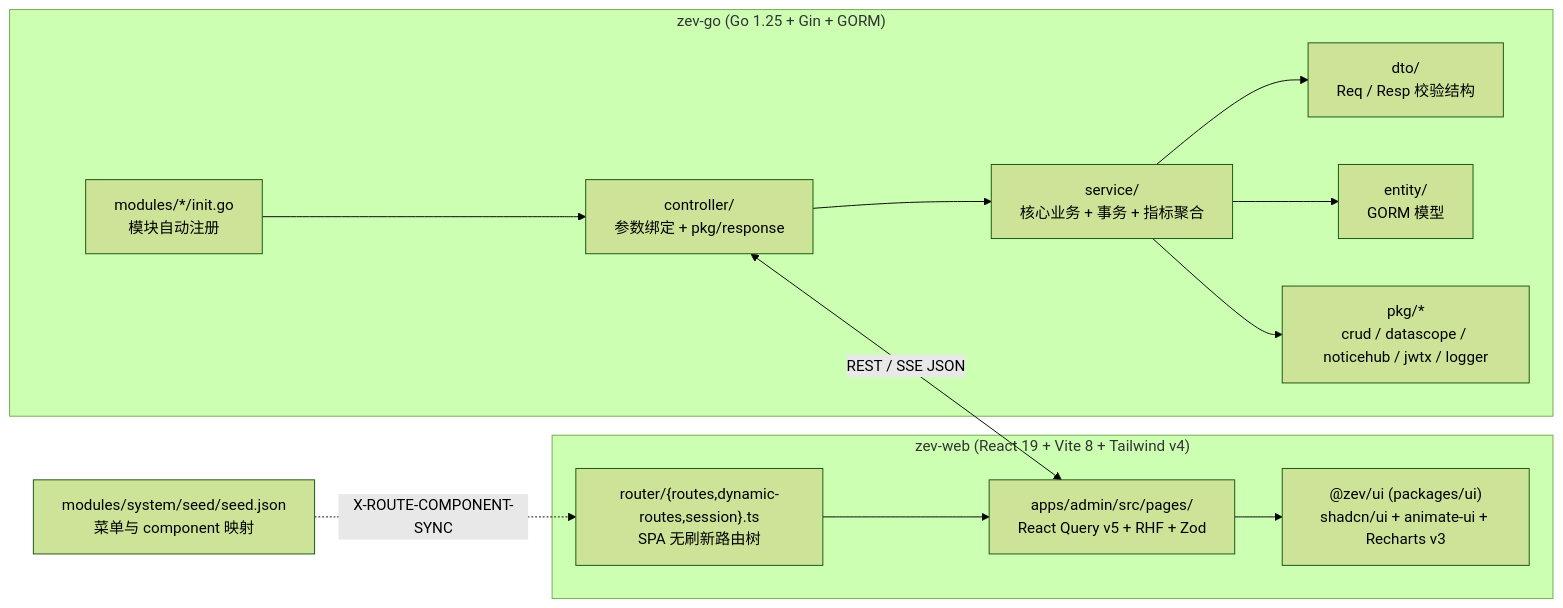
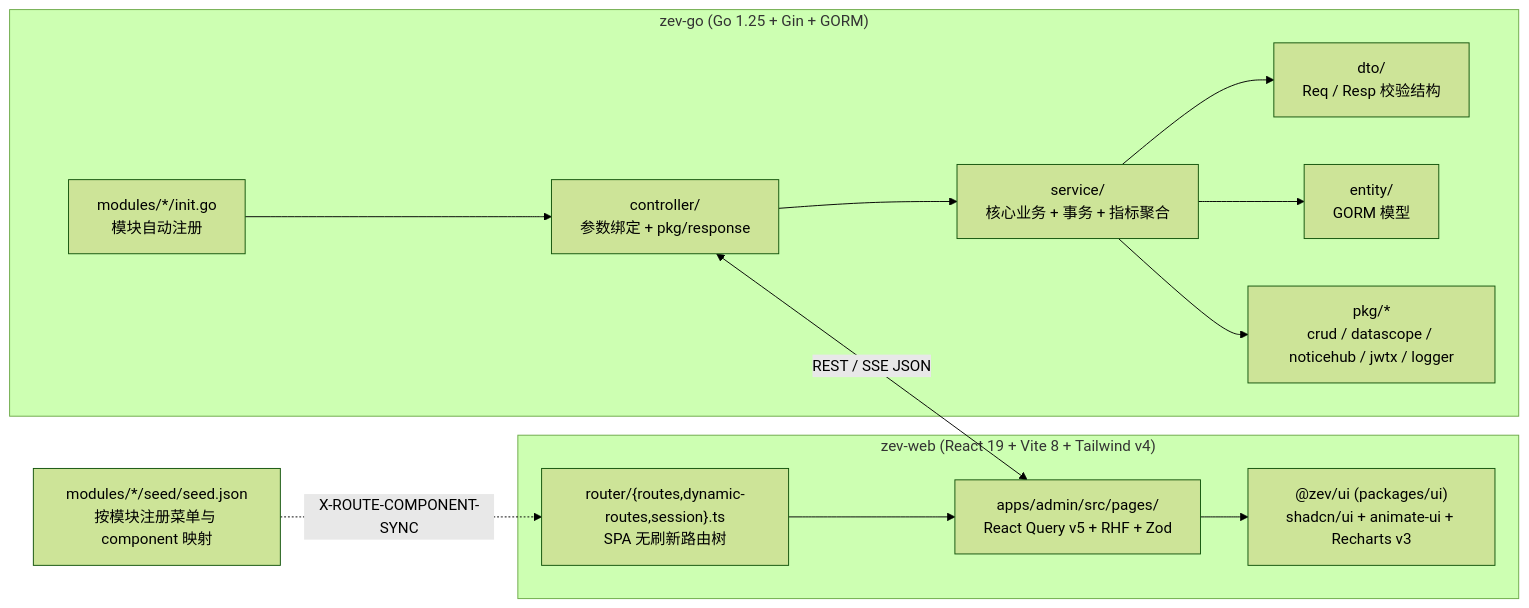
One commit to tierlabx/zev changed the diagram in docs/architecture/system-map.md. Above: the diagram before and after it, drawn with Mermaid (forest theme). The commit also changed other lines of this file and 80 other files, not shown here.

````diff
--- a/docs/architecture/system-map.md
+++ b/docs/architecture/system-map.md
@@ -9,18 +9,18 @@
 ```mermaid
 flowchart LR
     subgraph Backend["zev-go (Go 1.25 + Gin + GORM)"]
         INIT["modules/*/init.go\n模块自动注册"] --> CTRL["controller/\n参数绑定 + pkg/response"]
         CTRL --> SVC["service/\n核心业务 + 事务 + 指标聚合"]
         SVC --> DTO["dto/\nReq / Resp 校验结构"]
         SVC --> ENT["entity/\nGORM 模型"]
         SVC --> PKG["pkg/*\ncrud / datascope / noticehub / jwtx / logger"]
     end
 
     subgraph Frontend["zev-web (React 19 + Vite 8 + Tailwind v4)"]
         ROUTER["router/{routes,dynamic-routes,session}.ts\nSPA 无刷新路由树"] --> PAGES["apps/admin/src/pages/\nReact Query v5 + RHF + Zod"]
         PAGES --> UI["@zev/ui (packages/ui)\nshadcn/ui + animate-ui + Recharts v3"]
     end
 
-    SEED["modules/system/seed/seed.json\n菜单与 component 映射"] -.->|"X-ROUTE-COMPONENT-SYNC"| ROUTER
+    SEED["modules/*/seed/seed.json\n按模块注册菜单与 component 映射"] -.->|"X-ROUTE-COMPONENT-SYNC"| ROUTER
     CTRL <-->|"REST / SSE JSON"| PAGES
 ```
````
